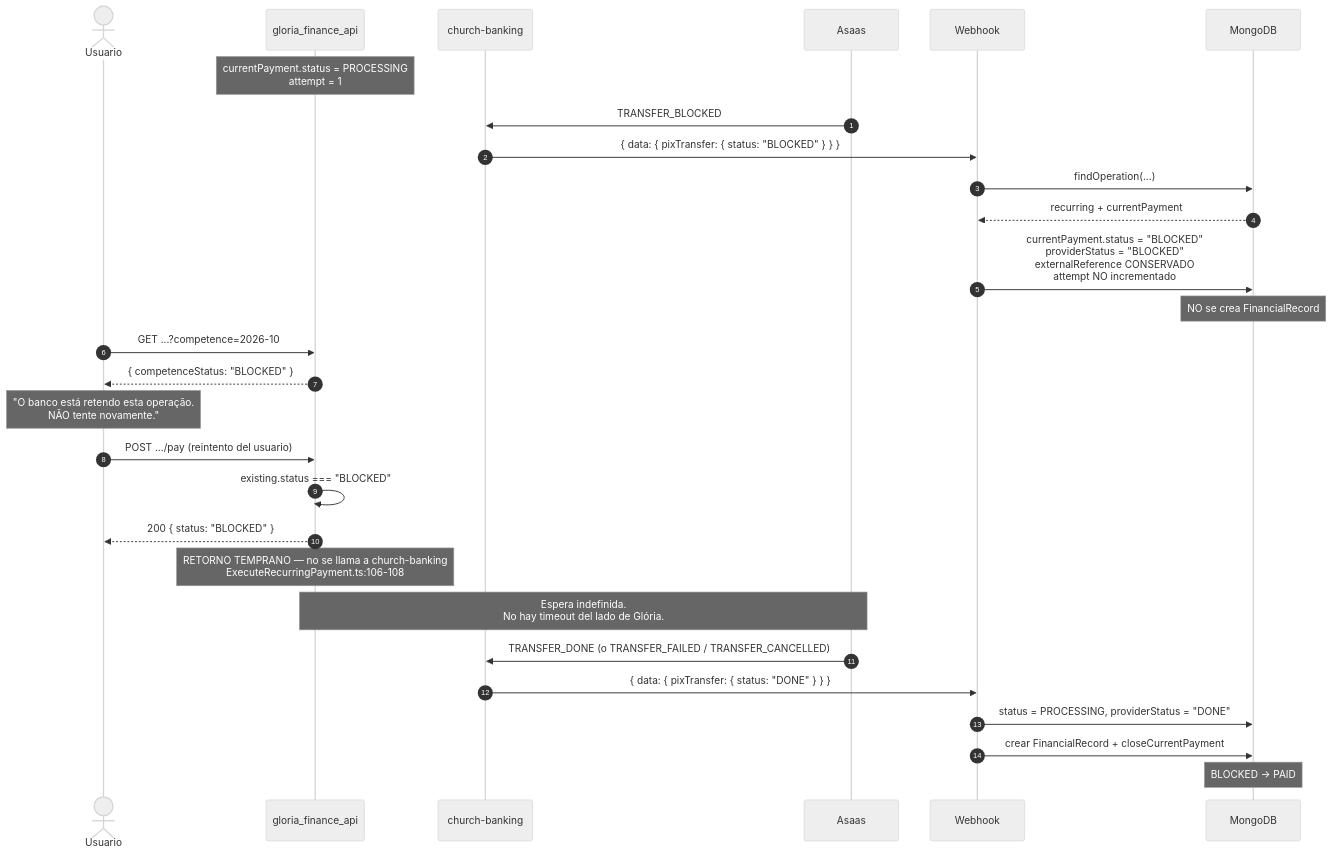
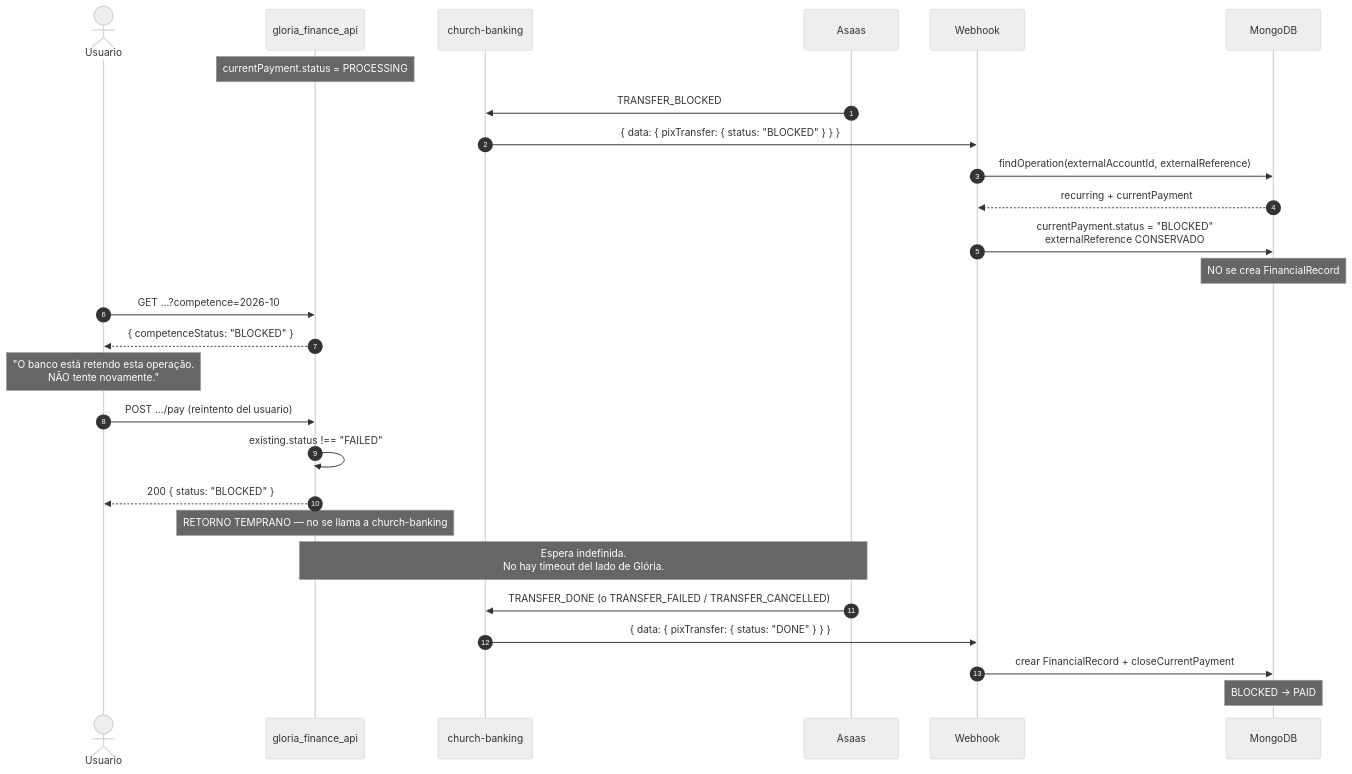
Diagram 11 of 18 in docs/recurring-payments-diagrams.md (gloriafinance/gloria_finance_api), drawn with Mermaid (neutral theme) before and after one commit. The commit also changed other lines of this file and 31 other files, not shown here.

````diff
--- a/docs/recurring-payments-diagrams.md
+++ b/docs/recurring-payments-diagrams.md
@@ -470,37 +506,36 @@
 ```mermaid
 sequenceDiagram
     autonumber
     actor U as Usuario
     participant API as gloria_finance_api
     participant CB as church-banking
     participant ASAAS as Asaas
     participant WH as Webhook
     participant DB as MongoDB
 
-    Note over API: currentPayment.status = PROCESSING<br/>attempt = 1
+    Note over API: currentPayment.status = PROCESSING
 
     ASAAS->>CB: TRANSFER_BLOCKED
     CB->>WH: { data: { pixTransfer: { status: "BLOCKED" } } }
-    WH->>DB: findOperation(...)
+    WH->>DB: findOperation(externalAccountId, externalReference)
     DB-->>WH: recurring + currentPayment
 
-    WH->>DB: currentPayment.status = "BLOCKED"<br/>providerStatus = "BLOCKED"<br/>externalReference CONSERVADO<br/>attempt NO incrementado
+    WH->>DB: currentPayment.status = "BLOCKED"<br/>externalReference CONSERVADO
     Note over DB: NO se crea FinancialRecord
 
     U->>API: GET ...?competence=2026-10
     API-->>U: { competenceStatus: "BLOCKED" }
     Note over U: "O banco está retendo esta operação.<br/>NÃO tente novamente."
 
     U->>API: POST .../pay (reintento del usuario)
-    API->>API: existing.status === "BLOCKED"
+    API->>API: existing.status !== "FAILED"
     API-->>U: 200 { status: "BLOCKED" }
-    Note over API: RETORNO TEMPRANO — no se llama a church-banking<br/>ExecuteRecurringPayment.ts:106-108
+    Note over API: RETORNO TEMPRANO — no se llama a church-banking
 
     Note over ASAAS,API: Espera indefinida.<br/>No hay timeout del lado de Glória.
 
     ASAAS->>CB: TRANSFER_DONE (o TRANSFER_FAILED / TRANSFER_CANCELLED)
     CB->>WH: { data: { pixTransfer: { status: "DONE" } } }
-    WH->>DB: status = PROCESSING, providerStatus = "DONE"
     WH->>DB: crear FinancialRecord + closeCurrentPayment
     Note over DB: BLOCKED → PAID
 ```
````
